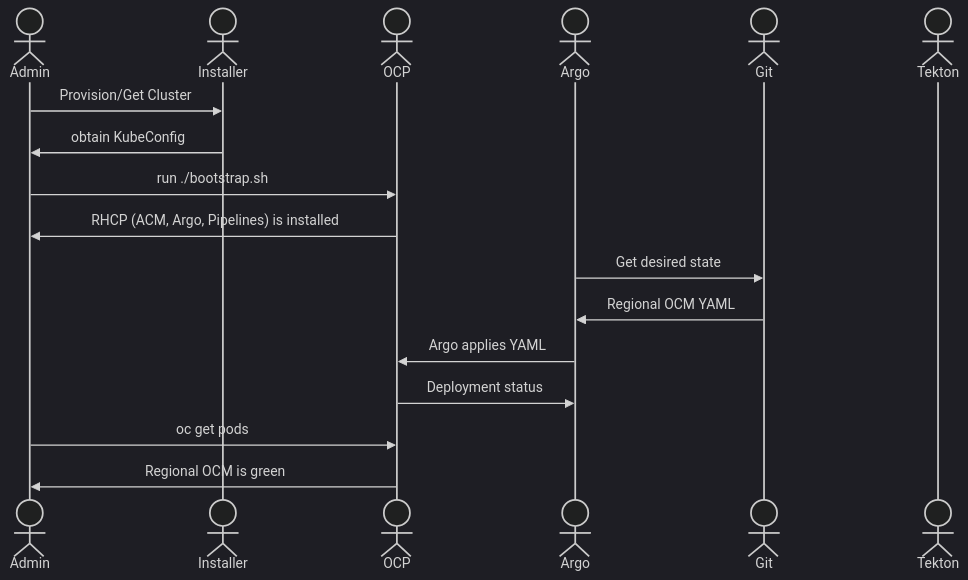
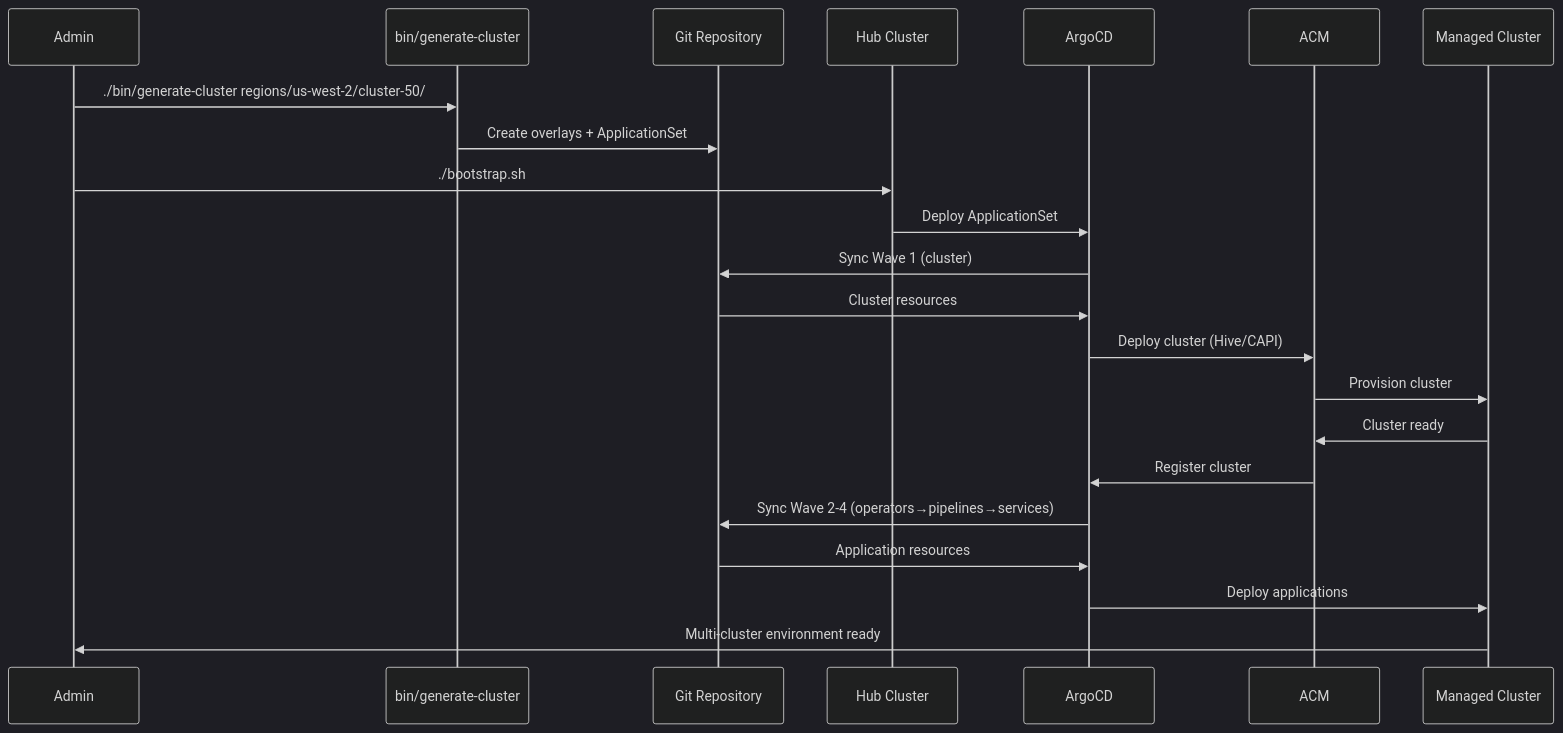
Before and after one commit to openshift-online/bootstrap: the diagram in README.md, drawn with Mermaid (dark theme). The commit also changed other lines of this file and 73 other files, not shown here.

````diff
--- a/README.md
+++ b/README.md
@@ -105,25 +169,30 @@
 ```mermaid
 sequenceDiagram
-   actor Admin
-   actor Installer
-   actor OCP
-   actor Argo
-   actor Git
-   actor Tekton
+   participant Admin
+   participant Generator as bin/generate-cluster
+   participant Git as Git Repository
+   participant Hub as Hub Cluster
+   participant ArgoCD
+   participant ACM
+   participant Target as Managed Cluster
    
-   Admin->>Installer: Provision/Get Cluster
-   Installer->>Admin: obtain KubeConfig
+   Admin->>Generator: ./bin/generate-cluster regions/us-west-2/cluster-50/
+   Generator->>Git: Create overlays + ApplicationSet
    
-   Admin->>OCP: run ./bootstrap.sh
-   OCP->>Admin: RHCP (ACM, Argo, Pipelines) is installed
-      
-   Argo->>Git: Get desired state
-   Git->>Argo: Regional OCM YAML
+   Admin->>Hub: ./bootstrap.sh
+   Hub->>ArgoCD: Deploy ApplicationSet
    
-   Argo->>OCP: Argo applies YAML
-   OCP->>Argo: Deployment status
+   ArgoCD->>Git: Sync Wave 1 (cluster)
+   Git->>ArgoCD: Cluster resources
+   ArgoCD->>ACM: Deploy cluster (Hive/CAPI)
+   ACM->>Target: Provision cluster
    
-   Admin->>OCP: oc get pods 
-   OCP->>Admin: Regional OCM is green 
-    
+   Target->>ACM: Cluster ready
+   ACM->>ArgoCD: Register cluster
+   
+   ArgoCD->>Git: Sync Wave 2-4 (operators→pipelines→services)
+   Git->>ArgoCD: Application resources
+   ArgoCD->>Target: Deploy applications
+   
+   Target->>Admin: Multi-cluster environment ready
 ```
````
